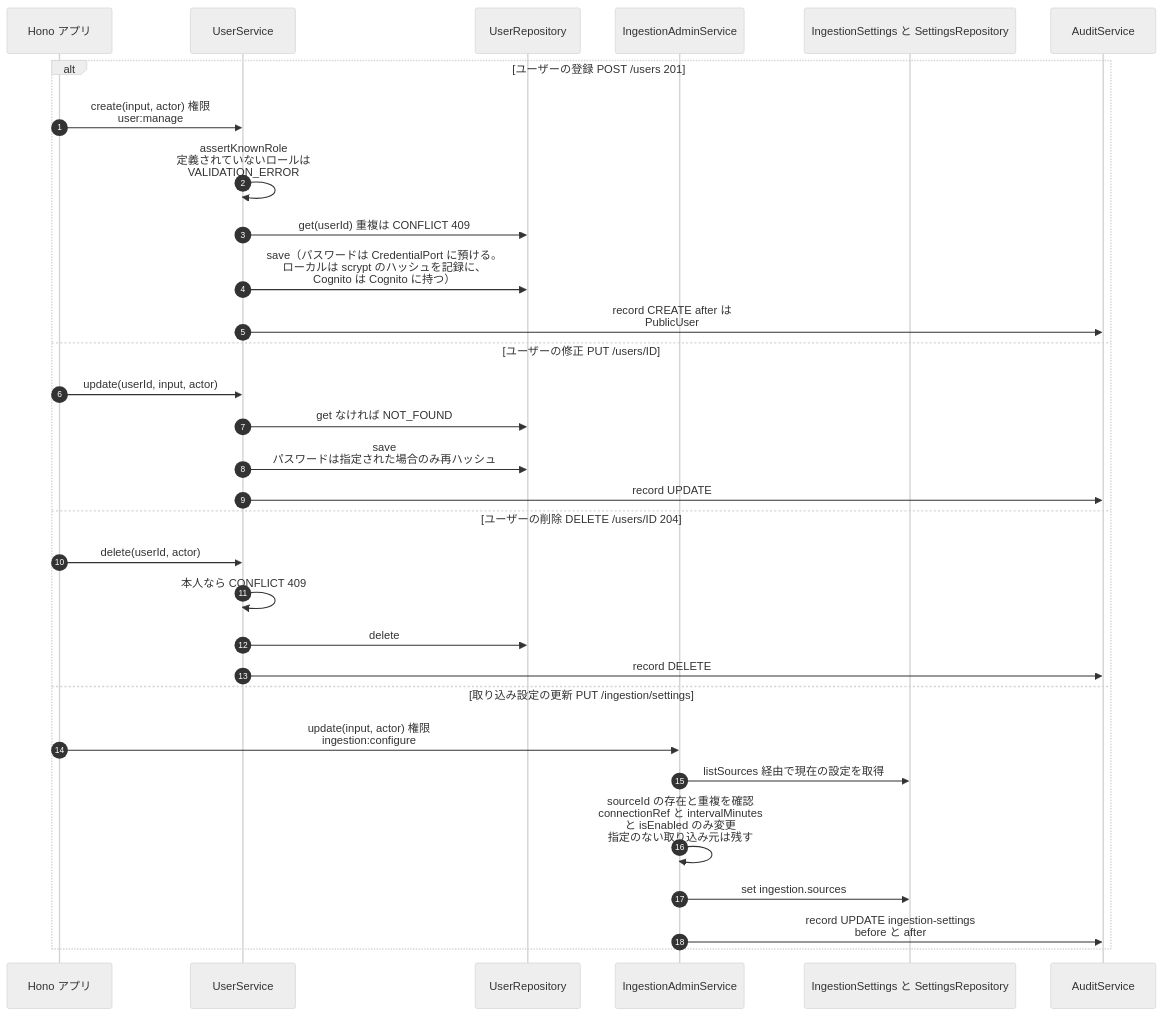
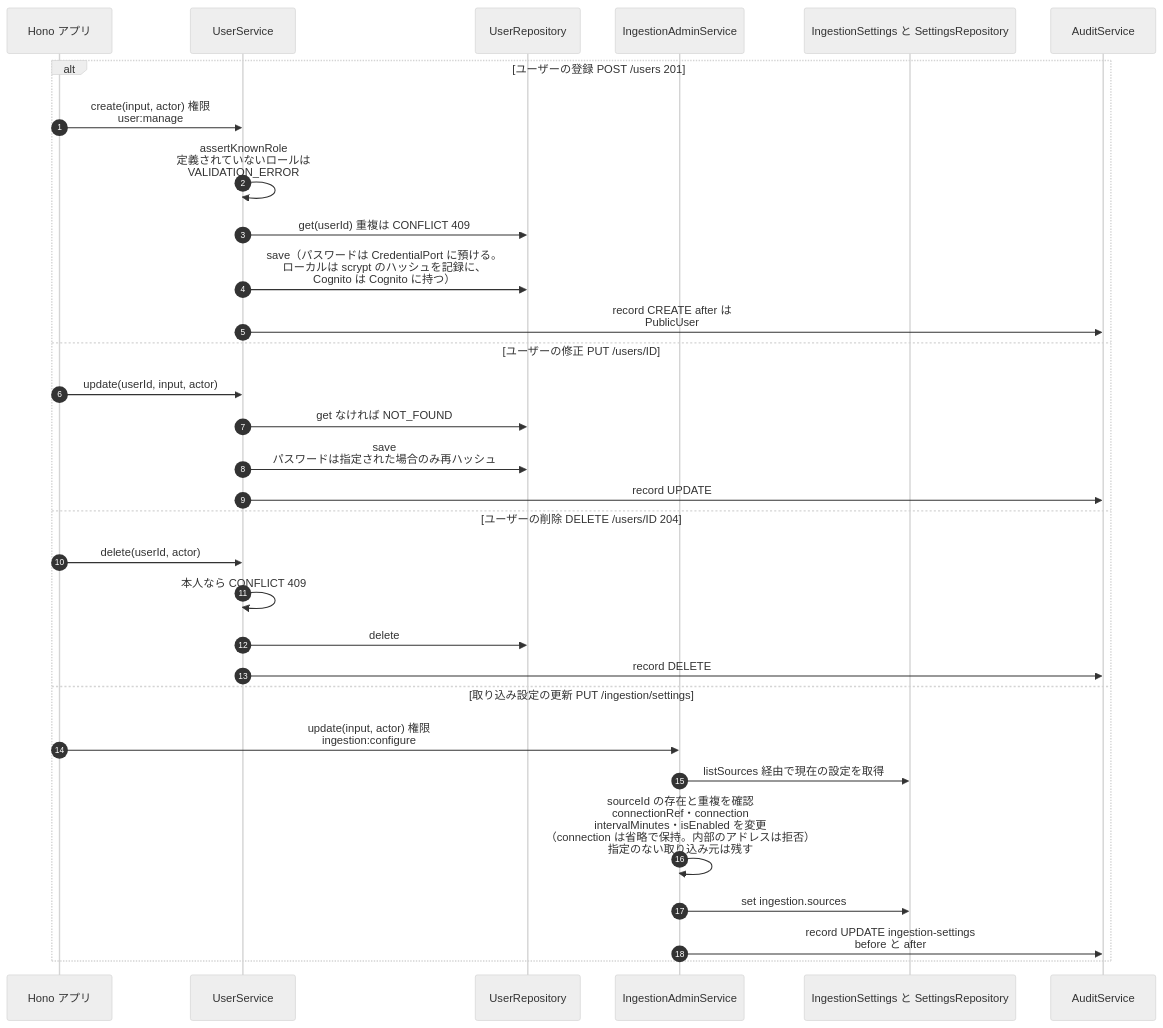
Before and after one commit to NS-APU/smart-farm-monitoring: diagram 26 of 46 in docs/10_design/architecture/as-built.md, drawn with Mermaid (neutral theme). The commit also changed other lines of this file and 33 other files, not shown here.

````diff
--- a/docs/10_design/architecture/as-built.md
+++ b/docs/10_design/architecture/as-built.md
@@ -1701,34 +1702,34 @@
 ```mermaid
 sequenceDiagram
   autonumber
   participant APP as Hono アプリ
   participant US as UserService
   participant UR as UserRepository
   participant IA as IngestionAdminService
   participant SR as IngestionSettings と SettingsRepository
   participant AU as AuditService
 
   alt ユーザーの登録 POST /users 201
     APP->>US: create(input, actor) 権限<br>user:manage
     US->>US: assertKnownRole<br>定義されていないロールは<br>VALIDATION_ERROR
     US->>UR: get(userId) 重複は CONFLICT 409
     US->>UR: save（パスワードは CredentialPort に預ける。<br>ローカルは scrypt のハッシュを記録に、<br>Cognito は Cognito に持つ）
     US->>AU: record CREATE after は<br>PublicUser
   else ユーザーの修正 PUT /users/ID
     APP->>US: update(userId, input, actor)
     US->>UR: get なければ NOT_FOUND
     US->>UR: save<br>パスワードは指定された場合のみ再ハッシュ
     US->>AU: record UPDATE
   else ユーザーの削除 DELETE /users/ID 204
     APP->>US: delete(userId, actor)
     US->>US: 本人なら CONFLICT 409
     US->>UR: delete
     US->>AU: record DELETE
   else 取り込み設定の更新 PUT /ingestion/settings
     APP->>IA: update(input, actor) 権限<br>ingestion:configure
     IA->>SR: listSources 経由で現在の設定を取得
-    IA->>IA: sourceId の存在と重複を確認<br>connectionRef と intervalMinutes<br>と isEnabled のみ変更<br>指定のない取り込み元は残す
+    IA->>IA: sourceId の存在と重複を確認<br>connectionRef・connection<br>intervalMinutes・isEnabled を変更<br>（connection は省略で保持。内部のアドレスは拒否）<br>指定のない取り込み元は残す
     IA->>SR: set ingestion.sources
     IA->>AU: record UPDATE ingestion-settings<br>before と after
   end
 ```
````
